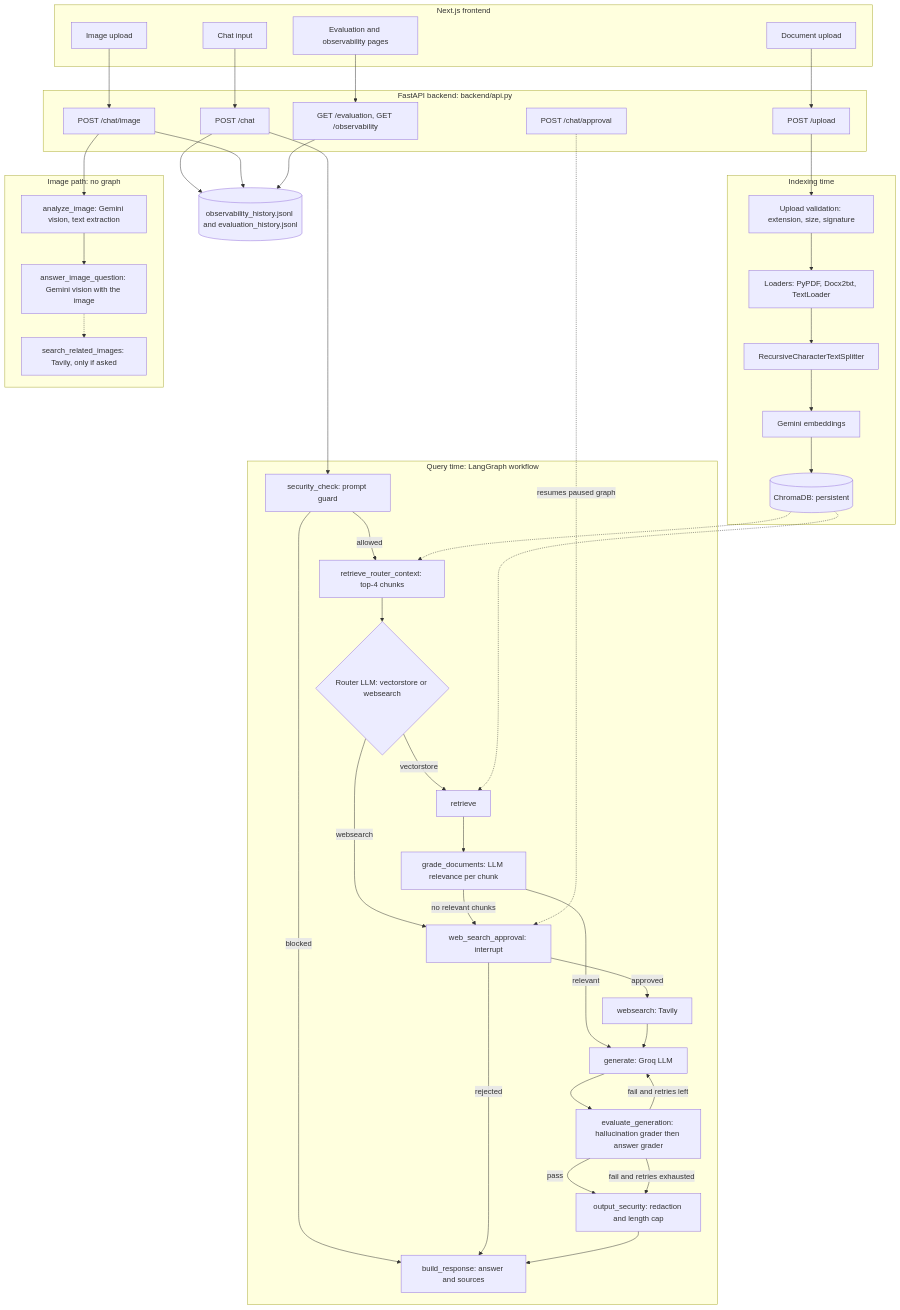
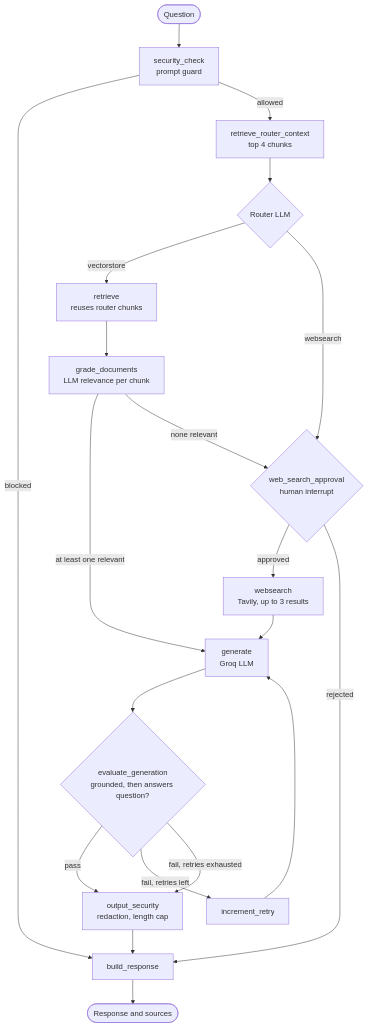
The second of 3 diagrams in README.md (Chittalasailu/agentic-rag-image-understanding), drawn with Mermaid before and after one commit. The commit also changed other lines of this file, not shown here.

Commit message:
docs: simplify architecture diagrams, add deployment status and links

````diff
--- a/README.md
+++ b/README.md
@@ -94,71 +144,22 @@
 ```mermaid
 flowchart TB
-    subgraph UI["Next.js frontend"]
-        U1["Chat input"]
-        U2["Document upload"]
-        U3["Image upload"]
-        U4["Evaluation and observability pages"]
-    end
-
-    subgraph API["FastAPI backend: backend/api.py"]
-        A1["POST /upload"]
-        A2["POST /chat"]
-        A3["POST /chat/approval"]
-        A4["POST /chat/image"]
-        A5["GET /evaluation, GET /observability"]
-    end
-
-    subgraph IDX["Indexing time"]
-        V["Upload validation: extension, size, signature"]
-        L["Loaders: PyPDF, Docx2txt, TextLoader"]
-        S["RecursiveCharacterTextSplitter"]
-        E["Gemini embeddings"]
-        C[("ChromaDB: persistent")]
-    end
-
-    subgraph AG["Query time: LangGraph workflow"]
-        SEC["security_check: prompt guard"]
-        RC["retrieve_router_context: top-4 chunks"]
-        RT{"Router LLM: vectorstore or websearch"}
-        RET["retrieve"]
-        GR["grade_documents: LLM relevance per chunk"]
-        HITL["web_search_approval: interrupt"]
-        WS["websearch: Tavily"]
-        GEN["generate: Groq LLM"]
-        EV["evaluate_generation: hallucination grader then answer grader"]
-        OUT["output_security: redaction and length cap"]
-        BR["build_response: answer and sources"]
-    end
-
-    subgraph IMG["Image path: no graph"]
-        AN["analyze_image: Gemini vision, text extraction"]
-        QA["answer_image_question: Gemini vision with the image"]
-        RI["search_related_images: Tavily, only if asked"]
-    end
-
-    OBS[("observability_history.jsonl and evaluation_history.jsonl")]
-
-    U2 --> A1 --> V --> L --> S --> E --> C
-    U1 --> A2 --> SEC
-    SEC -- blocked --> BR
-    SEC -- allowed --> RC --> RT
-    C -.-> RC
-    RT -- vectorstore --> RET --> GR
-    C -.-> RET
-    RT -- websearch --> HITL
-    GR -- no relevant chunks --> HITL
-    GR -- relevant --> GEN
-    HITL -- approved --> WS --> GEN
+    Q(["Question"]) --> SEC["security_check<br/>prompt guard"]
+    SEC -- blocked --> BR["build_response"]
+    SEC -- allowed --> RC["retrieve_router_context<br/>top 4 chunks"]
+    RC --> RT{"Router LLM"}
+    RT -- vectorstore --> RET["retrieve<br/>reuses router chunks"]
+    RT -- websearch --> HITL{"web_search_approval<br/>human interrupt"}
+    RET --> GR["grade_documents<br/>LLM relevance per chunk"]
+    GR -- "at least one relevant" --> GEN["generate<br/>Groq LLM"]
+    GR -- "none relevant" --> HITL
+    HITL -- approved --> WS["websearch<br/>Tavily, up to 3 results"]
     HITL -- rejected --> BR
-    GEN --> EV
-    EV -- pass --> OUT
-    EV -- fail and retries left --> GEN
-    EV -- fail and retries exhausted --> OUT
+    WS --> GEN
+    GEN --> EV{"evaluate_generation<br/>grounded, then answers question?"}
+    EV -- "pass" --> OUT["output_security<br/>redaction, length cap"]
+    EV -- "fail, retries left" --> INC["increment_retry"]
+    INC --> GEN
+    EV -- "fail, retries exhausted" --> OUT
     OUT --> BR
-    U3 --> A4 --> AN --> QA
-    QA -.-> RI
-    A3 -. resumes paused graph .-> HITL
-    A2 --> OBS
-    A4 --> OBS
-    U4 --> A5 --> OBS
+    BR --> R(["Response and sources"])
 ```
````
